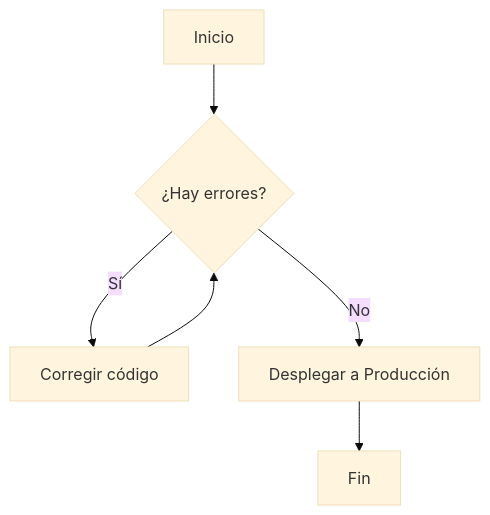
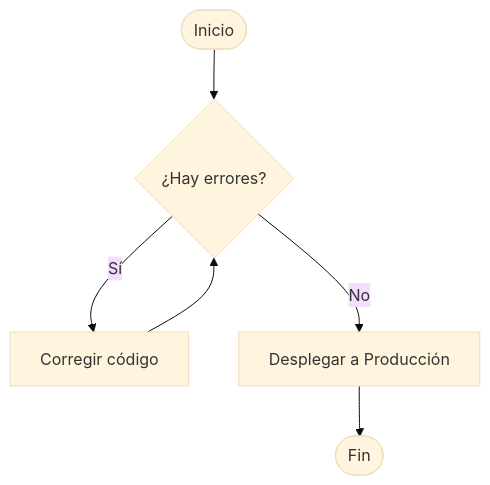
One commit to jordansosa1/CPC_UAEH changed the diagram in 2026/Campamento_Primavera_2026/Concurso_de_cierre/d_camion.md. Above: the diagram before and after it, drawn with Mermaid (base theme). The commit also changed other lines of this file, not shown here.

````diff
--- a/2026/Campamento_Primavera_2026/Concurso_de_cierre/d_camion.md
+++ b/2026/Campamento_Primavera_2026/Concurso_de_cierre/d_camion.md
@@ -1,8 +63,8 @@
 ```mermaid
 graph TD;
-    A[Inicio] --> B{¿Hay errores?};
+    A([Inicio]) --> B{¿Hay errores?};
     B -- Sí --> C[Corregir código];
     C --> B;
     B -- No --> D[Desplegar a Producción];
-    D --> E[Fin];
+    D --> E([Fin]);
 ```
````
